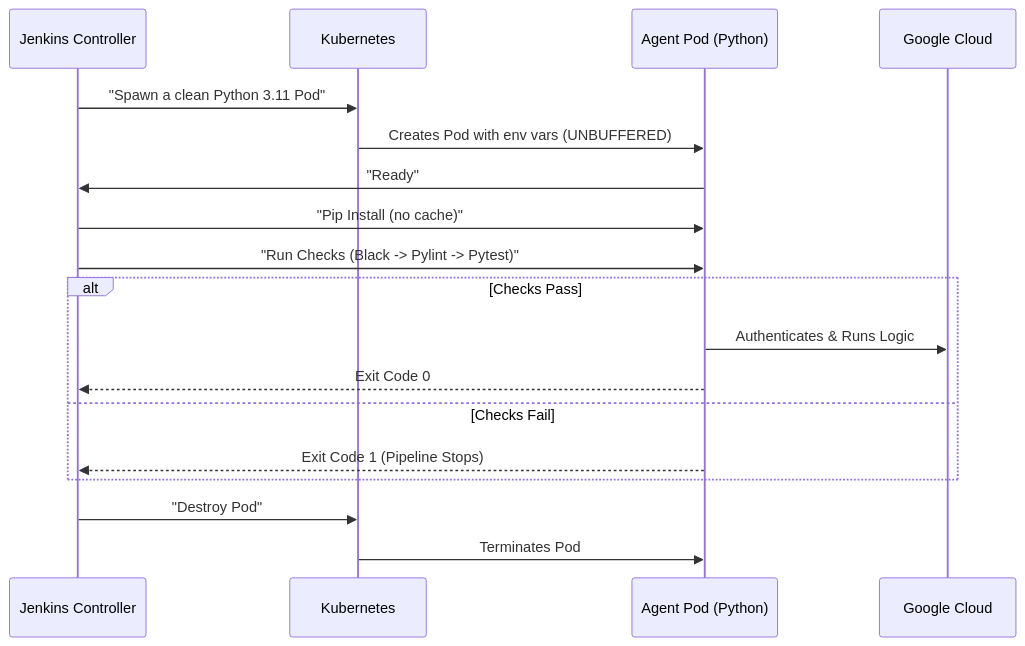
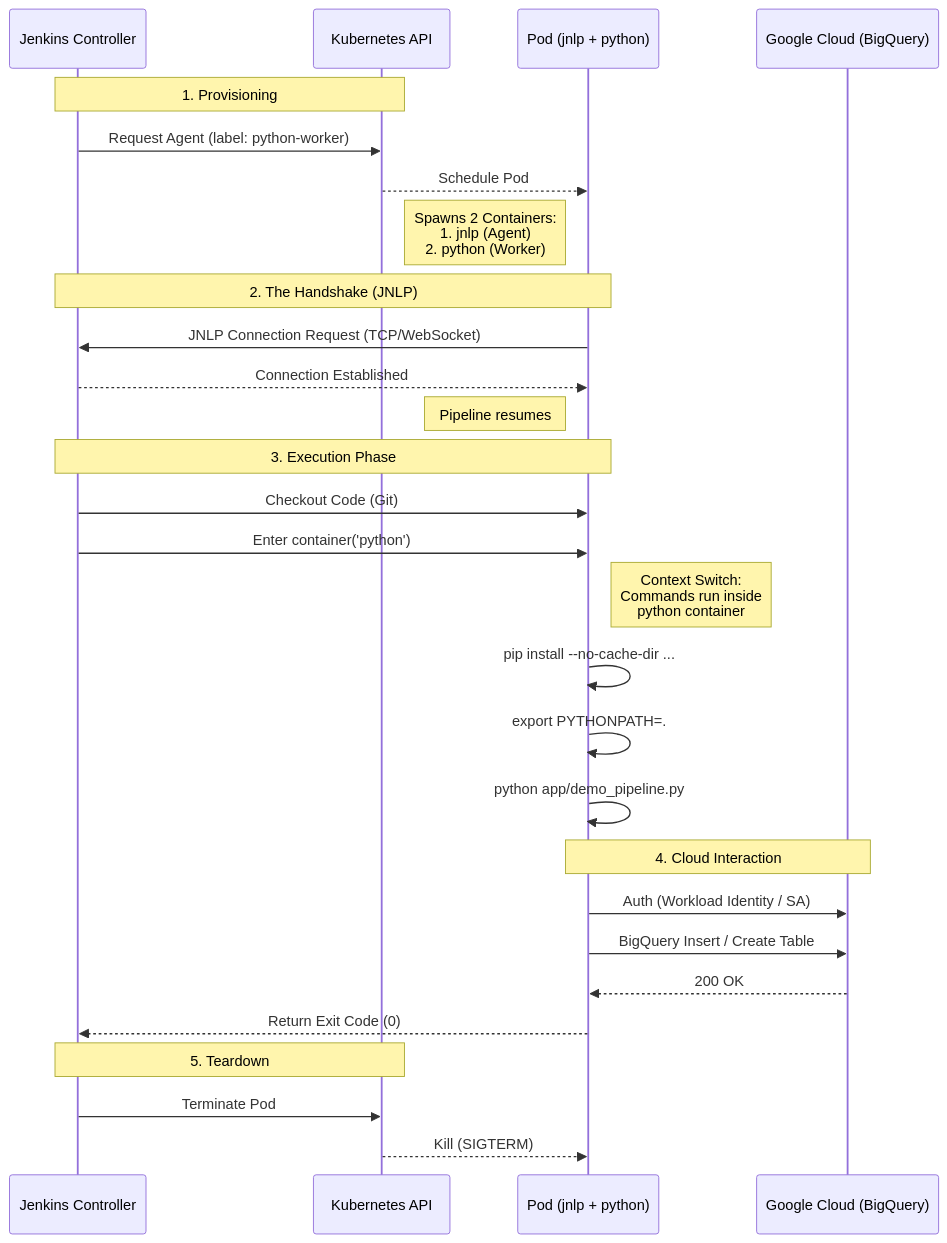
The diagram in pipelines/README.md (keibrunas/jenpy), drawn with Mermaid before and after one commit.

Commit message:
updating pipelines readme.md

````diff
--- a/pipelines/README.md
+++ b/pipelines/README.md
@@ -138,22 +138,40 @@
 ```mermaid
 sequenceDiagram
     participant J as Jenkins Controller
-    participant K as Kubernetes
-    participant P as Agent Pod (Python)
-    participant G as Google Cloud
+    participant K as Kubernetes API
+    participant P as Pod (jnlp + python)
+    participant G as Google Cloud (BigQuery)
 
-    J->>K: "Spawn a clean Python 3.11 Pod"
-    K->>P: Creates Pod with env vars (UNBUFFERED)
-    P->>J: "Ready"
-    J->>P: "Pip Install (no cache)"
-    J->>P: "Run Checks (Black -> Pylint -> Pytest)"
-    alt Checks Pass
-        P->>G: Authenticates & Runs Logic
-        P-->>J: Exit Code 0
-    else Checks Fail
-        P-->>J: Exit Code 1 (Pipeline Stops)
-    end
-    J->>K: "Destroy Pod"
-    K->>P: Terminates Pod
+    Note over J,K: 1. Provisioning
+    J->>K: Request Agent (label: python-worker)
+    K-->>P: Schedule Pod
+    
+    Note right of K: Spawns 2 Containers:<br/>1. jnlp (Agent)<br/>2. python (Worker)
+
+    Note over P,J: 2. The Handshake (JNLP)
+    P->>J: JNLP Connection Request (TCP/WebSocket)
+    J-->>P: Connection Established
+    Note left of P: Pipeline resumes
+
+    Note over J,P: 3. Execution Phase
+    J->>P: Checkout Code (Git)
+    J->>P: Enter container('python')
+    
+    Note right of P: Context Switch:<br/>Commands run inside<br/>python container
+    
+    P->>P: pip install --no-cache-dir ...
+    P->>P: export PYTHONPATH=.
+    P->>P: python app/demo_pipeline.py
+
+    Note over P,G: 4. Cloud Interaction
+    P->>G: Auth (Workload Identity / SA)
+    P->>G: BigQuery Insert / Create Table
+    G-->>P: 200 OK
+    
+    P-->>J: Return Exit Code (0)
+    
+    Note over J,K: 5. Teardown
+    J->>K: Terminate Pod
+    K-->>P: Kill (SIGTERM)
 
 ```
````
